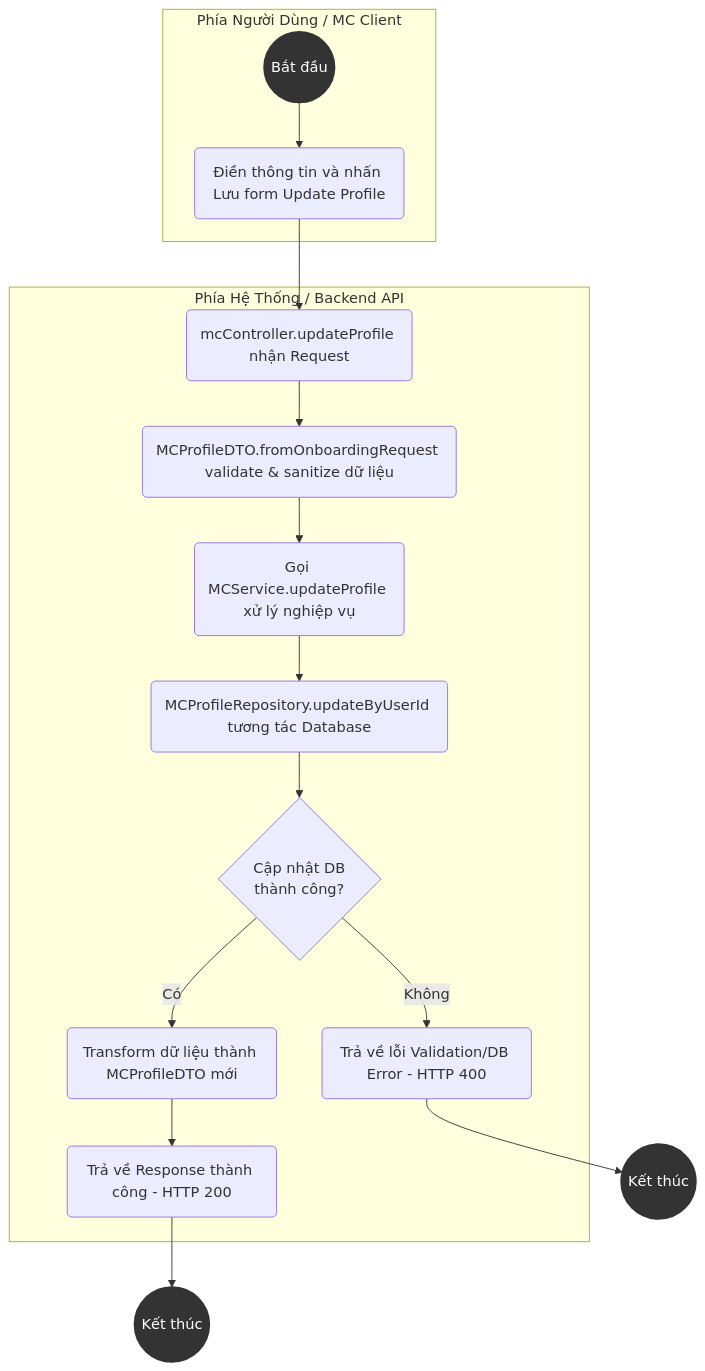
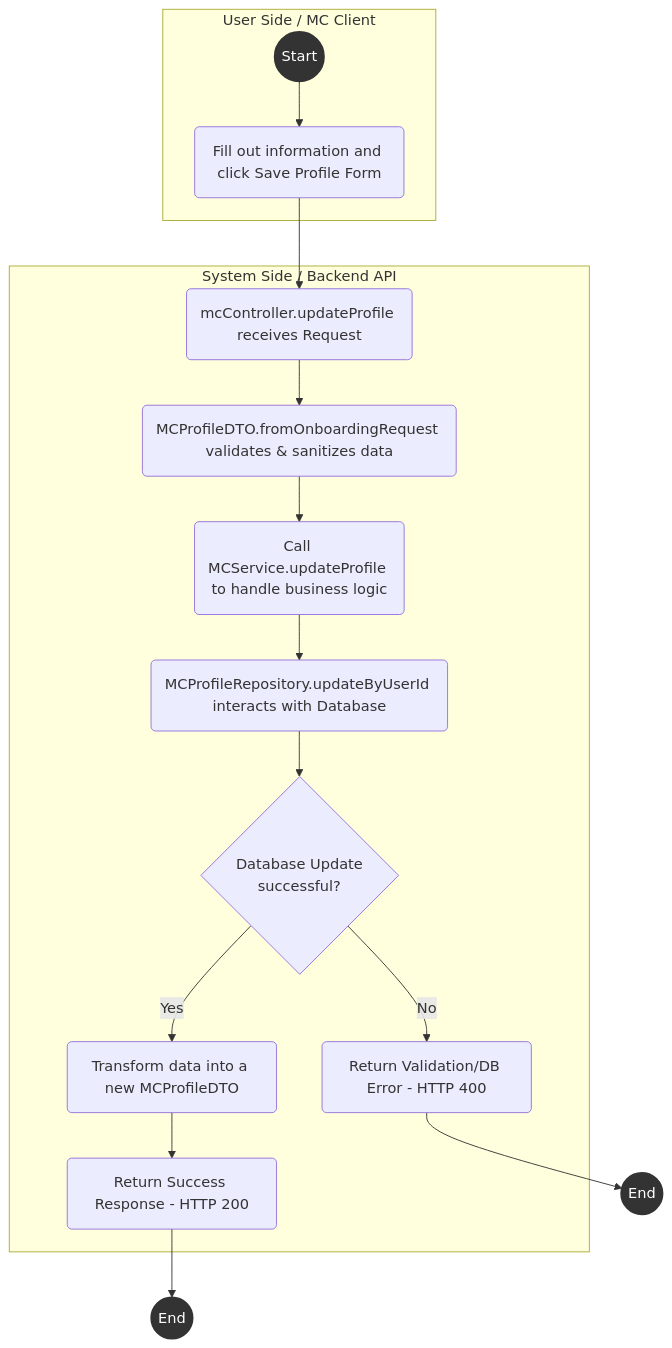
Before and after one commit to dat-21/SWD392: the first of 8 diagrams in UC_Backend_Activity_Diagrams.md, drawn with Mermaid. The commit also changed other lines of this file and 1 other file, not shown here.

````diff
--- a/UC_Backend_Activity_Diagrams.md
+++ b/UC_Backend_Activity_Diagrams.md
@@ -11,34 +11,34 @@
 ```mermaid
 flowchart TD
-    %% Styling cho Start/End
+    %% Styling for Start/End
     style Start fill:#333,stroke:#333,stroke-width:2px,color:#fff
     style End1 fill:#333,stroke:#333,stroke-width:2px,color:#fff
     style End2 fill:#333,stroke:#333,stroke-width:2px,color:#fff
     
-    subgraph Client [Phía Người Dùng / MC Client]
-        Start((Bắt đầu)) --> U1(Điền thông tin và nhấn Lưu form Update Profile)
+    subgraph Client [User Side / MC Client]
+        Start((Start)) --> U1(Fill out information and click Save Profile Form)
     end
 
-    subgraph System [Phía Hệ Thống / Backend API]
-        S1(mcController.updateProfile nhận Request)
-        S2(MCProfileDTO.fromOnboardingRequest validate & sanitize dữ liệu)
-        S3(Gọi MCService.updateProfile xử lý nghiệp vụ)
-        S4(MCProfileRepository.updateByUserId tương tác Database)
-        S5{Cập nhật DB<br/>thành công?}
-        S6(Trả về lỗi Validation/DB Error - HTTP 400)
-        S7(Transform dữ liệu thành MCProfileDTO mới)
-        S8(Trả về Response thành công - HTTP 200)
+    subgraph System [System Side / Backend API]
+        S1(mcController.updateProfile receives Request)
+        S2(MCProfileDTO.fromOnboardingRequest validates & sanitizes data)
+        S3(Call MCService.updateProfile to handle business logic)
+        S4(MCProfileRepository.updateByUserId interacts with Database)
+        S5{Database Update<br/>successful?}
+        S6(Return Validation/DB Error - HTTP 400)
+        S7(Transform data into a new MCProfileDTO)
+        S8(Return Success Response - HTTP 200)
     end
 
     U1 --> S1
     S1 --> S2
     S2 --> S3
     S3 --> S4
     S4 --> S5
-    S5 -- Không --> S6
-    S5 -- Có --> S7
+    S5 -- No --> S6
+    S5 -- Yes --> S7
     S7 --> S8
     
-    S6 --> End1((Kết thúc))
-    S8 --> End2((Kết thúc))
+    S6 --> End1((End))
+    S8 --> End2((End))
 ```
````
